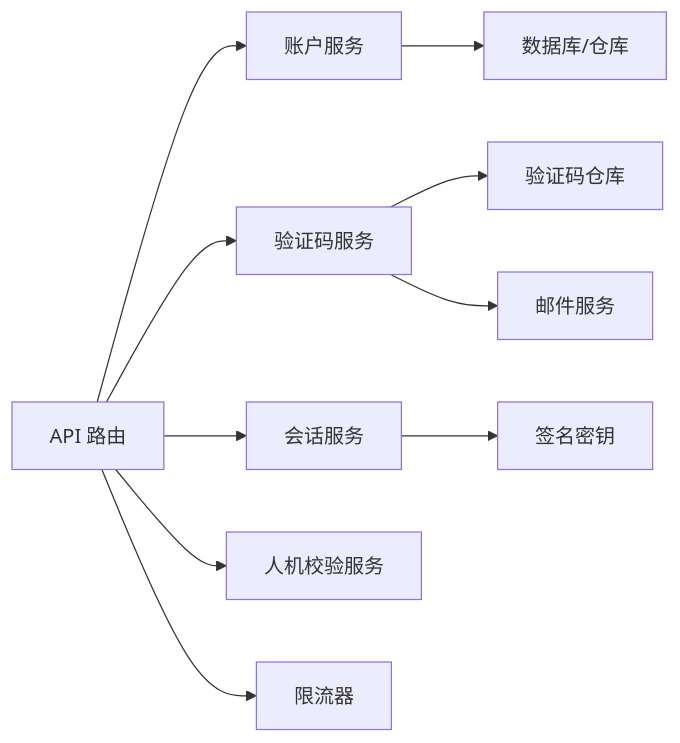
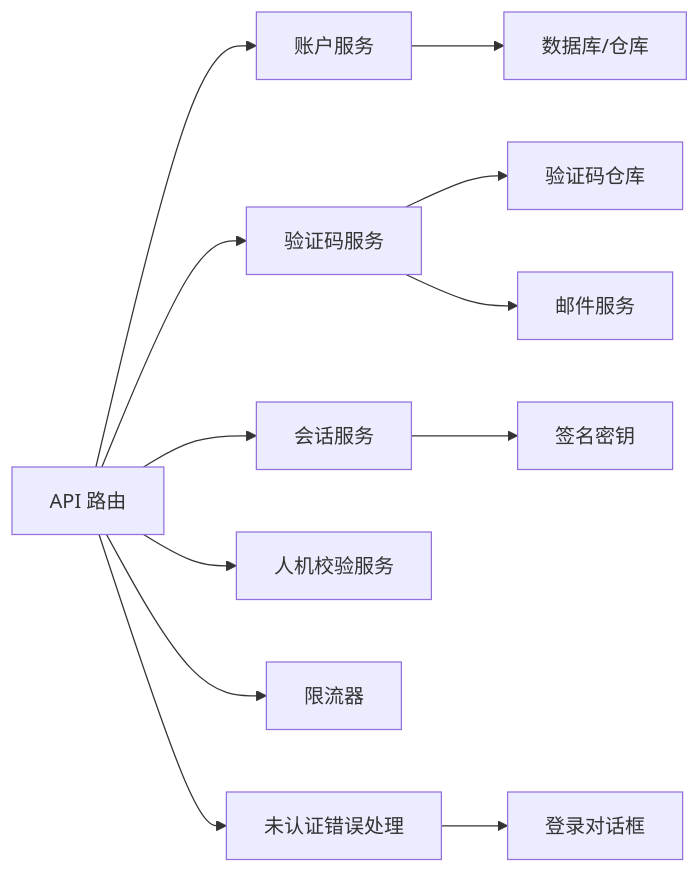
Diagram 13 of 13 in .qoder/repowiki/zh/content/认证系统/认证系统.md (scottcwy/PurpleInk), drawn with Mermaid before and after one commit. The commit also changed other lines of this file and 109 other files, not shown here.

````diff
--- a/.qoder/repowiki/zh/content/认证系统/认证系统.md
+++ b/.qoder/repowiki/zh/content/认证系统/认证系统.md
@@ -413,12 +664,14 @@
 ```mermaid
 graph LR
 API["API 路由"] --> Acc["账户服务"]
 API --> Ver["验证码服务"]
 API --> Sess["会话服务"]
 Acc --> DB["数据库/仓库"]
 Ver --> Repo["验证码仓库"]
 Ver --> Mail["邮件服务"]
 Sess --> Key["签名密钥"]
 API --> HC["人机校验服务"]
 API --> Thr["限流器"]
+API --> Err["未认证错误处理"]
+Err --> Dialog["登录对话框"]
 ```
````
